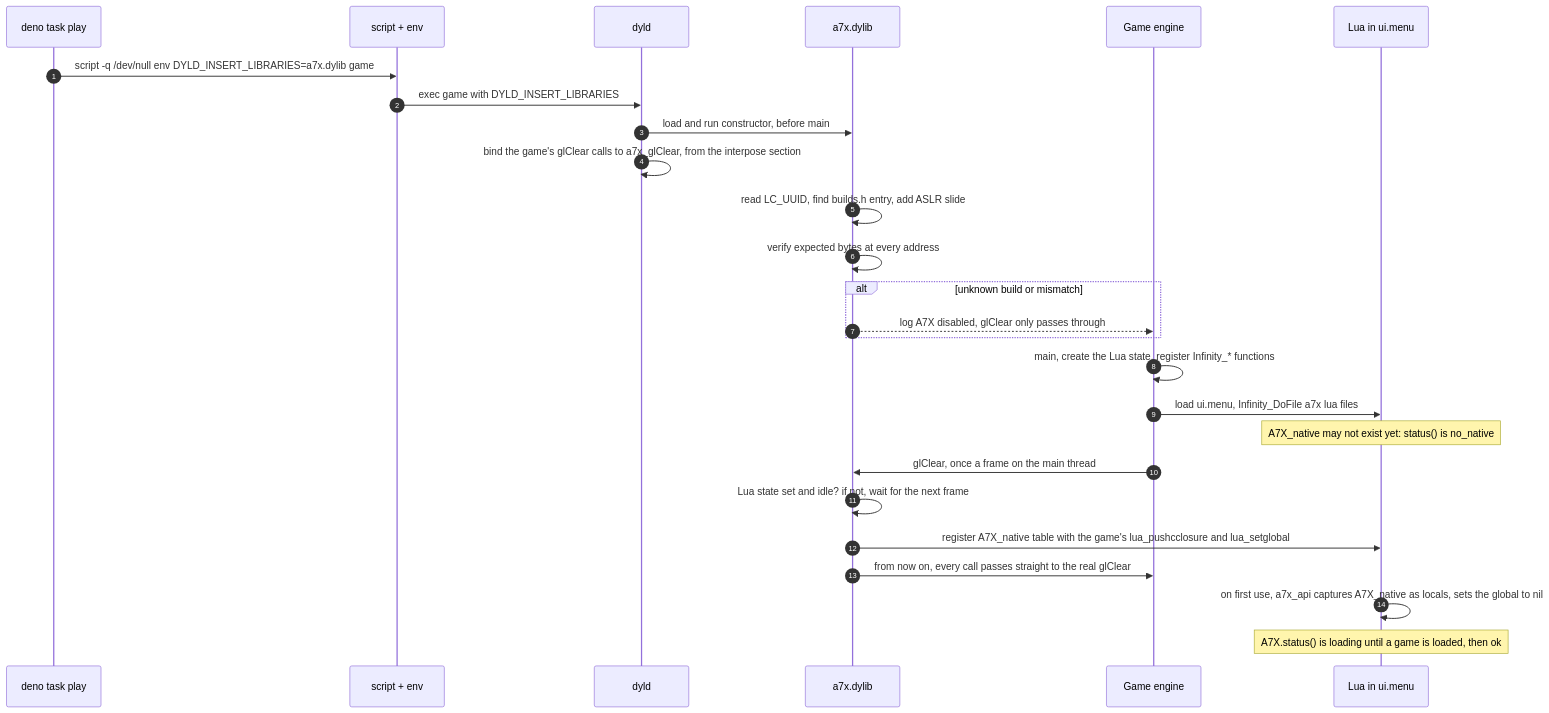
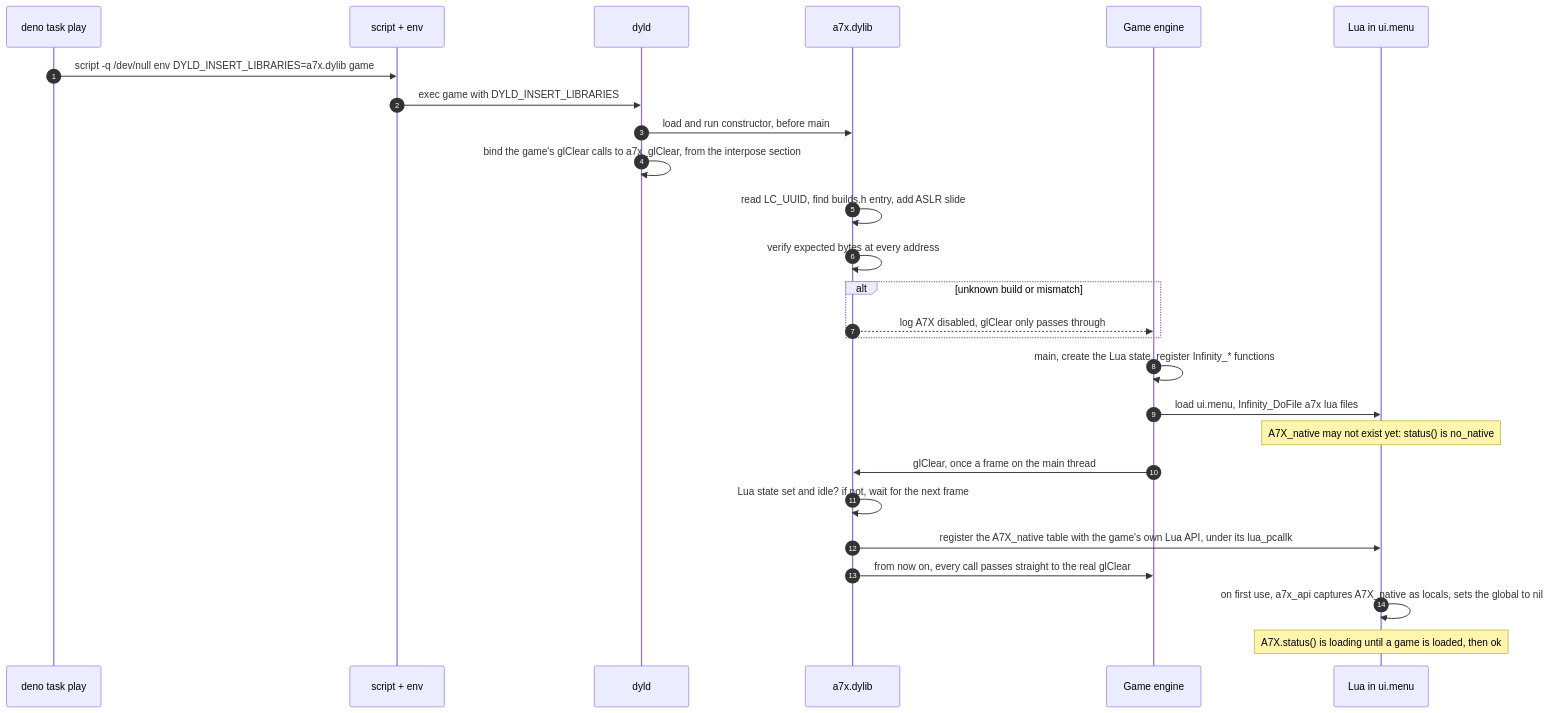
Before and after one commit to kabootit/BG2EE-Inspector: the fourth of 6 diagrams in docs/architecture.md, drawn with Mermaid. The commit also changed 6 other files, not shown here.

First line of the commit message:
Register A7X_native from the glClear hook: the Phase 2 bridge

````diff
--- a/docs/architecture.md
+++ b/docs/architecture.md
@@ -123,28 +123,28 @@
 ```mermaid
 sequenceDiagram
   autonumber
   participant P as deno task play
   participant S as script + env
   participant DY as dyld
   participant A as a7x.dylib
   participant G as Game engine
   participant L as Lua in ui.menu
   P->>S: script -q /dev/null env DYLD_INSERT_LIBRARIES=a7x.dylib game
   S->>DY: exec game with DYLD_INSERT_LIBRARIES
   DY->>A: load and run constructor, before main
   DY->>DY: bind the game's glClear calls to a7x_glClear, from the interpose section
   A->>A: read LC_UUID, find builds.h entry, add ASLR slide
   A->>A: verify expected bytes at every address
   alt unknown build or mismatch
     A-->>G: log A7X disabled, glClear only passes through
   end
   G->>G: main, create the Lua state, register Infinity_* functions
   G->>L: load ui.menu, Infinity_DoFile a7x lua files
   Note over L: A7X_native may not exist yet: status() is no_native
   G->>A: glClear, once a frame on the main thread
   A->>A: Lua state set and idle? if not, wait for the next frame
-  A->>L: register A7X_native table with the game's lua_pushcclosure and lua_setglobal
+  A->>L: register the A7X_native table with the game's own Lua API, under its lua_pcallk
   A->>G: from now on, every call passes straight to the real glClear
   L->>L: on first use, a7x_api captures A7X_native as locals, sets the global to nil
   Note over L: A7X.status() is loading until a game is loaded, then ok
 ```
````
